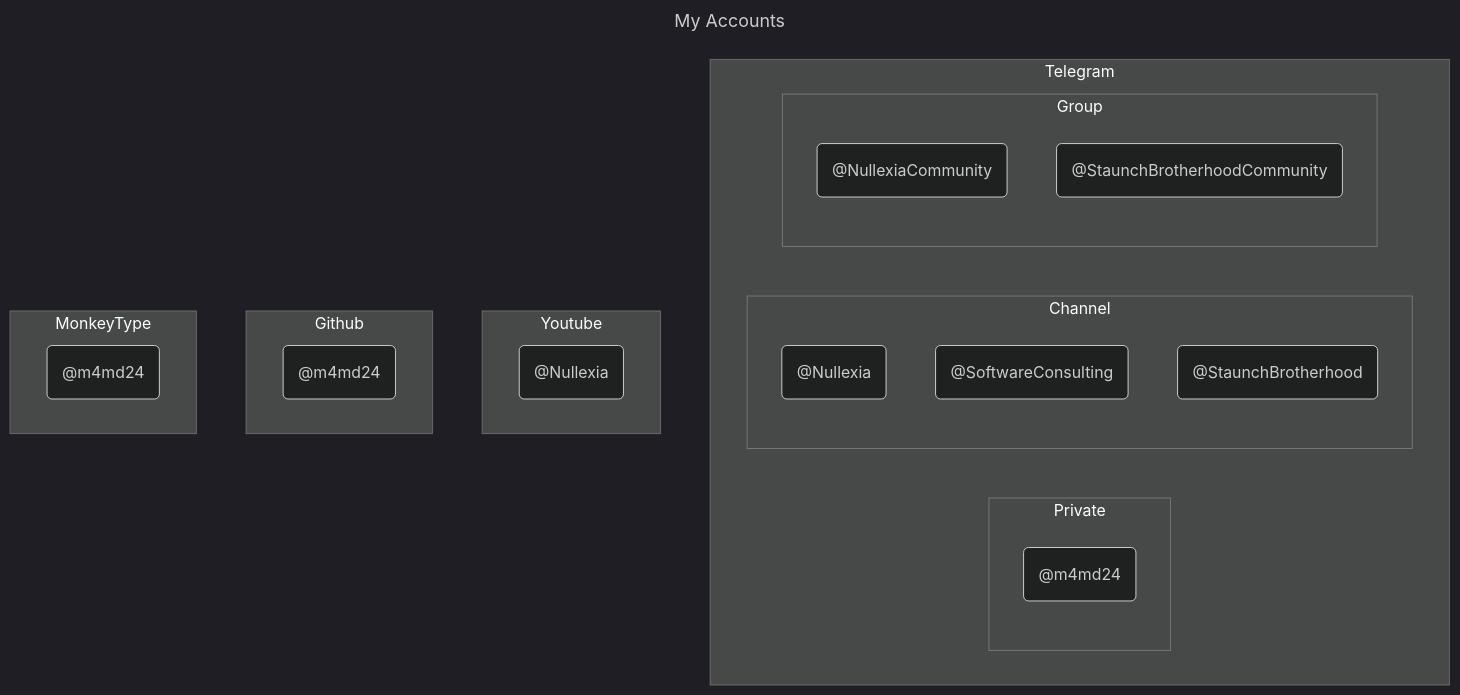
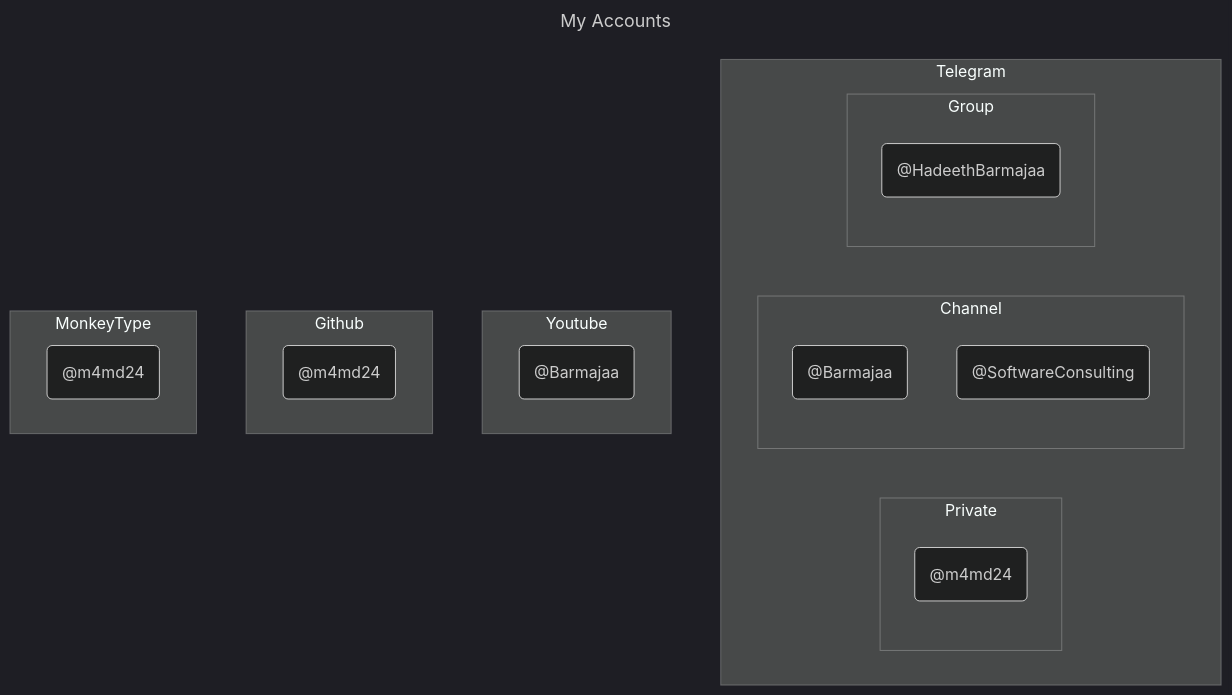
The diagram in src/_1_learn/_1_1_flowchart_and_graph/_1_1_10_interaction/Interaction.mmd (M4MD24/LearnMermaid), drawn with Mermaid (dark theme) before and after one commit. The commit also changed 3 other files, not shown here.

Commit message:
Change username from "Nullexia for Programming" to "Barmajaa" all platforms

```diff
--- a/src/_1_learn/_1_1_flowchart_and_graph/_1_1_10_interaction/Interaction.mmd
+++ b/src/_1_learn/_1_1_flowchart_and_graph/_1_1_10_interaction/Interaction.mmd
@@ -1,36 +1,32 @@
 ---
 title: My Accounts
 ---
 flowchart TB
     subgraph Telegram
         subgraph Private
             m4md24_telegram_account("@m4md24")
         end
         subgraph Channel
-            nullexia_telegram_channel("@Nullexia")
+            barmajaa_telegram_channel("@Barmajaa")
             software_consulting_telegram_channel("@SoftwareConsulting")
-            staunch_brotherhood_telegram_channel("@StaunchBrotherhood")
         end
         subgraph Group
-            nullexia_telegram_group("@NullexiaCommunity")
-            staunch_brotherhood_telegram_group("@StaunchBrotherhoodCommunity")
+            barmajaa_telegram_group("@HadeethBarmajaa")
         end
     end
     subgraph Youtube
-        nullexia_youtube_channel("@Nullexia")
+        barmajaa_youtube_channel("@Barmajaa")
     end
     subgraph Github
         m4md24_github_account("@m4md24")
     end
     subgraph MonkeyType
         m4md24_monkey_type_account("@m4md24")
     end
     click m4md24_telegram_account "https://t.me/m4md24" "Mohamed Sadawy" _blank
-    click nullexia_telegram_channel "https://t.me/Nullexia" "Nullexia For Programming" _blank
+    click barmajaa_telegram_channel "https://t.me/Barmajaa" "Barmajaa" _blank
     click software_consulting_telegram_channel "https://t.me/SoftwareConsulting" "Software Consulting" _blank
-    click staunch_brotherhood_telegram_channel "https://t.me/StaunchBrotherhood" "Staunch Brotherhood" _blank
-    click nullexia_telegram_group "https://t.me/NullexiaCommunity" "Nullexia For Programming Community" _blank
-    click staunch_brotherhood_telegram_group "https://t.me/StaunchBrotherhoodCommunity" "Staunch Brotherhood Community" _blank
-    click nullexia_youtube_channel "https://www.youtube.com/@NULLEXIA" "Nullexia For Programming" _blank
+    click barmajaa_telegram_group "https://t.me/HadeethBarmajaa" "HadeethBarmajaa" _blank
+    click barmajaa_youtube_channel "https://www.youtube.com/@Barmajaa" "Barmajaa" _blank
     click m4md24_github_account "https://github.com/m4md24" "Mohamed Sadawy" _blank
     click m4md24_monkey_type_account "https://monkeytype.com/profile/m4md24" "Mohamed Sadawy" _blank
```
